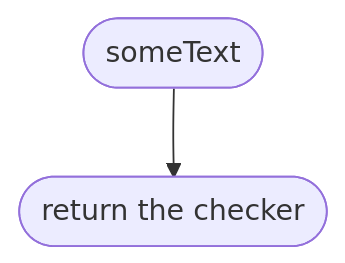
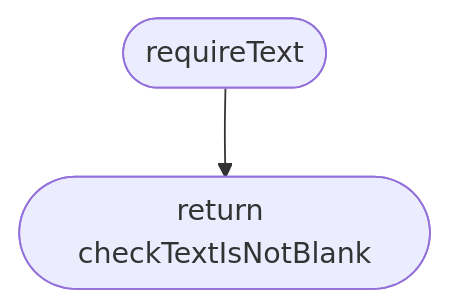
Before and after one commit to NewDara-Star/world-engine: the seventh of 37 diagrams in docs/designs/src/place/parse.md, drawn with Mermaid. The commit also changed other lines of this file and 9 other files, not shown here.

````diff
--- a/docs/designs/src/place/parse.md
+++ b/docs/designs/src/place/parse.md
@@ -55,6 +106,6 @@
 ```mermaid
 flowchart TD
-  s(["someText"])
-  a(["return the checker"])
+  s(["requireText"])
+  a(["return checkTextIsNotBlank"])
   s --> a
 ```
````
